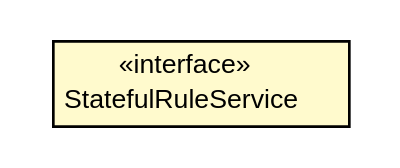
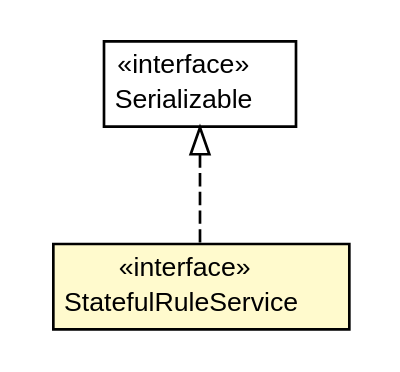
One commit to dayatang/dddlib changed the diagram in dddlib-rule-engine/apidocs/org/dayatang/rule/StatefulRuleService.dot. Above: the diagram before and after it, drawn with Graphviz. The commit also changed 166 other files, not shown here.

```diff
--- a/dddlib-rule-engine/apidocs/org/dayatang/rule/StatefulRuleService.dot
+++ b/dddlib-rule-engine/apidocs/org/dayatang/rule/StatefulRuleService.dot
@@ -1,19 +1,28 @@
 #!/usr/local/bin/dot
 #
 # Class diagram 
 # Generated by UMLGraph version R5_6_6-8-g8d7759 (http://www.umlgraph.org/)
 #
 
 digraph G {
 	edge [fontname="Helvetica",fontsize=10,labelfontname="Helvetica",labelfontsize=10];
 	node [fontname="Helvetica",fontsize=10,shape=plaintext];
 	nodesep=0.25;
 	ranksep=0.5;
 	// org.dayatang.rule.StatefulRuleService
-	c57 [label=<<table title="org.dayatang.rule.StatefulRuleService" border="0" cellborder="1" cellspacing="0" cellpadding="2" port="p" bgcolor="lemonChiffon" href="./StatefulRuleService.html">
+	c49 [label=<<table title="org.dayatang.rule.StatefulRuleService" border="0" cellborder="1" cellspacing="0" cellpadding="2" port="p" bgcolor="lemonChiffon" href="./StatefulRuleService.html">
 		<tr><td><table border="0" cellspacing="0" cellpadding="1">
 <tr><td align="center" balign="center"> &#171;interface&#187; </td></tr>
 <tr><td align="center" balign="center"> StatefulRuleService </td></tr>
 		</table></td></tr>
 		</table>>, URL="./StatefulRuleService.html", fontname="Helvetica", fontcolor="black", fontsize=10.0];
+	//org.dayatang.rule.StatefulRuleService implements java.io.Serializable
+	c52:p -> c49:p [dir=back,arrowtail=empty,style=dashed];
+	// java.io.Serializable
+	c52 [label=<<table title="java.io.Serializable" border="0" cellborder="1" cellspacing="0" cellpadding="2" port="p" href="http://download.oracle.com/javase/7/docs/api/java/io/Serializable.html">
+		<tr><td><table border="0" cellspacing="0" cellpadding="1">
+<tr><td align="center" balign="center"> &#171;interface&#187; </td></tr>
+<tr><td align="center" balign="center"> Serializable </td></tr>
+		</table></td></tr>
+		</table>>, URL="http://download.oracle.com/javase/7/docs/api/java/io/Serializable.html", fontname="Helvetica", fontcolor="black", fontsize=10.0];
 }
```
